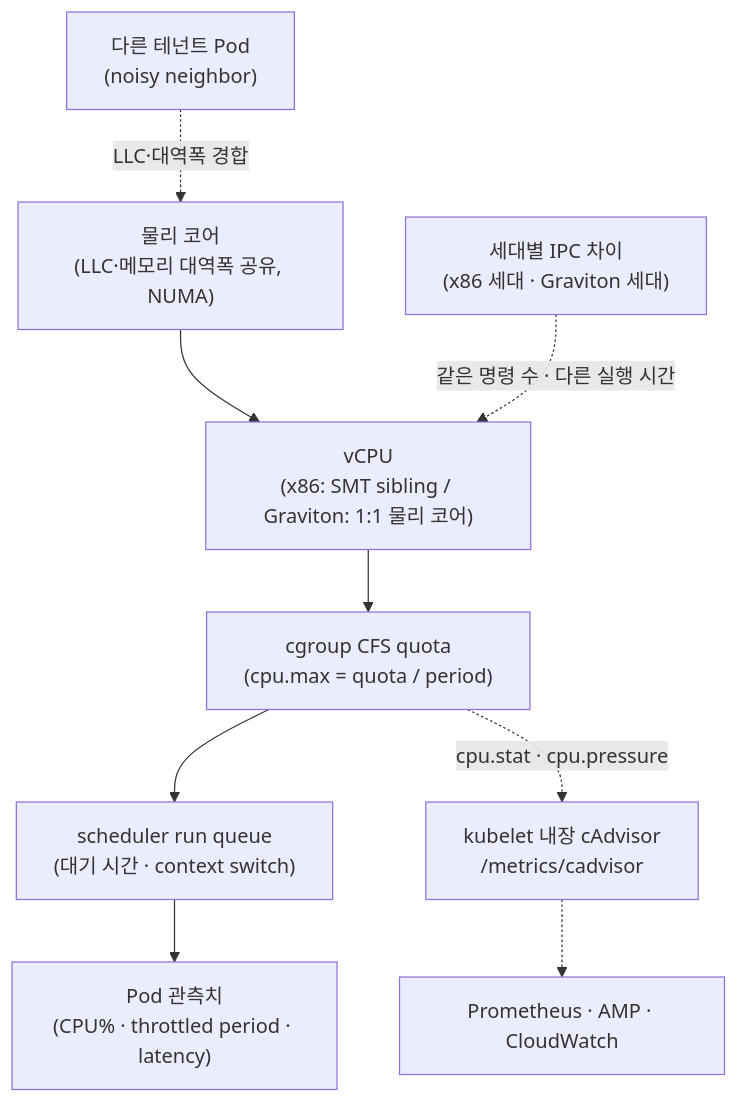
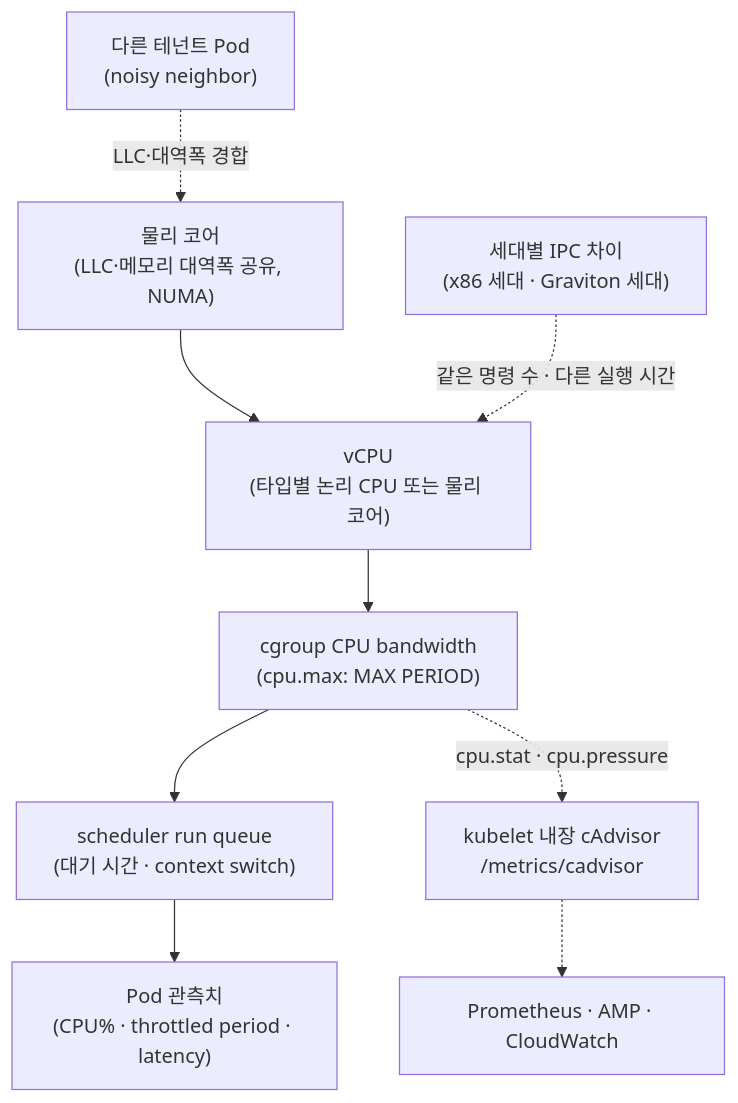
The diagram in docs/eks-best-practices/resource-cost/cpu-sizing-comparability.md (devfloor9/engineering-playbook), drawn with Mermaid before and after one commit. The commit also changed other lines of this file and 10 other files, not shown here.

````diff
--- a/docs/eks-best-practices/resource-cost/cpu-sizing-comparability.md
+++ b/docs/eks-best-practices/resource-cost/cpu-sizing-comparability.md
@@ -51,11 +53,11 @@
 ```mermaid
 flowchart TB
-    PC["물리 코어<br/>(LLC·메모리 대역폭 공유, NUMA)"] --> VCPU["vCPU<br/>(x86: SMT sibling / Graviton: 1:1 물리 코어)"]
-    VCPU --> CG["cgroup CFS quota<br/>(cpu.max = quota / period)"]
+    PC["물리 코어<br/>(LLC·메모리 대역폭 공유, NUMA)"] --> VCPU["vCPU<br/>(타입별 논리 CPU 또는 물리 코어)"]
+    VCPU --> CG["cgroup CPU bandwidth<br/>(cpu.max: MAX PERIOD)"]
     CG --> RQ["scheduler run queue<br/>(대기 시간 · context switch)"]
     RQ --> OBS["Pod 관측치<br/>(CPU% · throttled period · latency)"]
     NOISE["다른 테넌트 Pod<br/>(noisy neighbor)"] -.->|LLC·대역폭 경합| PC
     IPC["세대별 IPC 차이<br/>(x86 세대 · Graviton 세대)"] -.->|같은 명령 수 · 다른 실행 시간| VCPU
     CG -.->|cpu.stat · cpu.pressure| MET["kubelet 내장 cAdvisor<br/>/metrics/cadvisor"]
     MET -.-> SINK["Prometheus · AMP · CloudWatch"]
 ```
````
